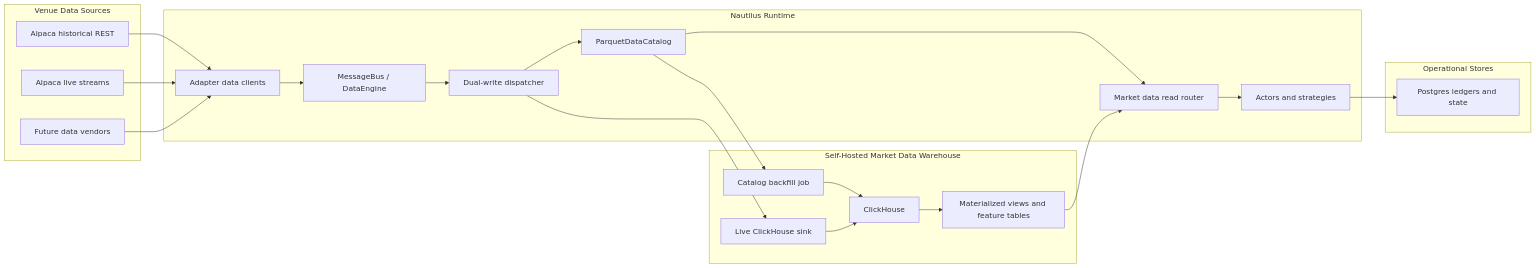
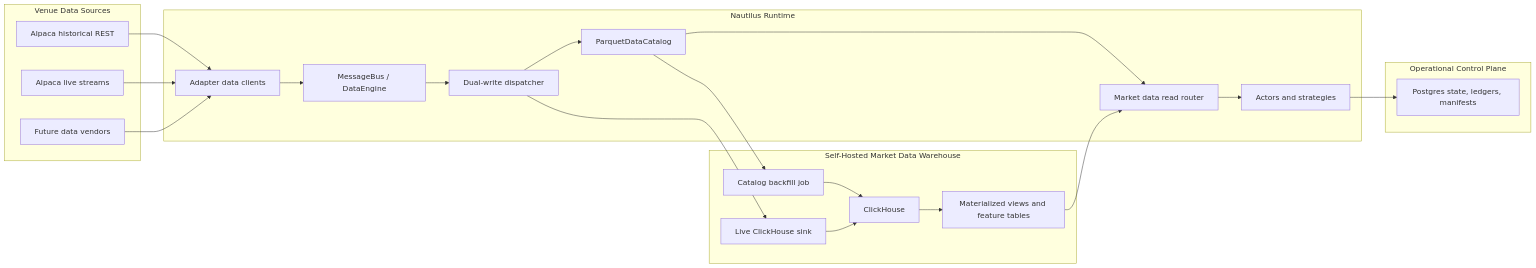
The first of 2 diagrams in docs/developer_guide/market_data_warehouse_workstream.md (afrojuju1/nautilus_trader), drawn with Mermaid before and after one commit. The commit also changed other lines of this file and 4 other files, not shown here.

Commit message:
Document Alpaca regime router architecture

````diff
--- a/docs/developer_guide/market_data_warehouse_workstream.md
+++ b/docs/developer_guide/market_data_warehouse_workstream.md
@@ -54,44 +95,44 @@
 ```mermaid
 flowchart LR
     subgraph Venue ["Venue Data Sources"]
         AlpacaHistorical["Alpaca historical REST"]
         AlpacaLive["Alpaca live streams"]
         OtherSources["Future data vendors"]
     end
 
     subgraph Nautilus ["Nautilus Runtime"]
         Adapter["Adapter data clients"]
         Bus["MessageBus / DataEngine"]
         DualWrite["Dual-write dispatcher"]
         Catalog["ParquetDataCatalog"]
         ReadRouter["Market data read router"]
         Strategy["Actors and strategies"]
     end
 
     subgraph Warehouse ["Self-Hosted Market Data Warehouse"]
         Backfill["Catalog backfill job"]
         LiveSink["Live ClickHouse sink"]
         ClickHouse["ClickHouse"]
         Views["Materialized views and feature tables"]
     end
 
-    subgraph Ops ["Operational Stores"]
-        Postgres["Postgres ledgers and state"]
+    subgraph Ops ["Operational Control Plane"]
+        Postgres["Postgres state, ledgers, manifests"]
     end
 
     AlpacaHistorical --> Adapter
     AlpacaLive --> Adapter
     OtherSources --> Adapter
     Adapter --> Bus
     Bus --> DualWrite
     DualWrite --> Catalog
     DualWrite --> LiveSink
     Catalog --> ReadRouter
     Views --> ReadRouter
     ReadRouter --> Strategy
     Catalog --> Backfill
     Backfill --> ClickHouse
     LiveSink --> ClickHouse
     ClickHouse --> Views
     Strategy --> Postgres
 ```
````
